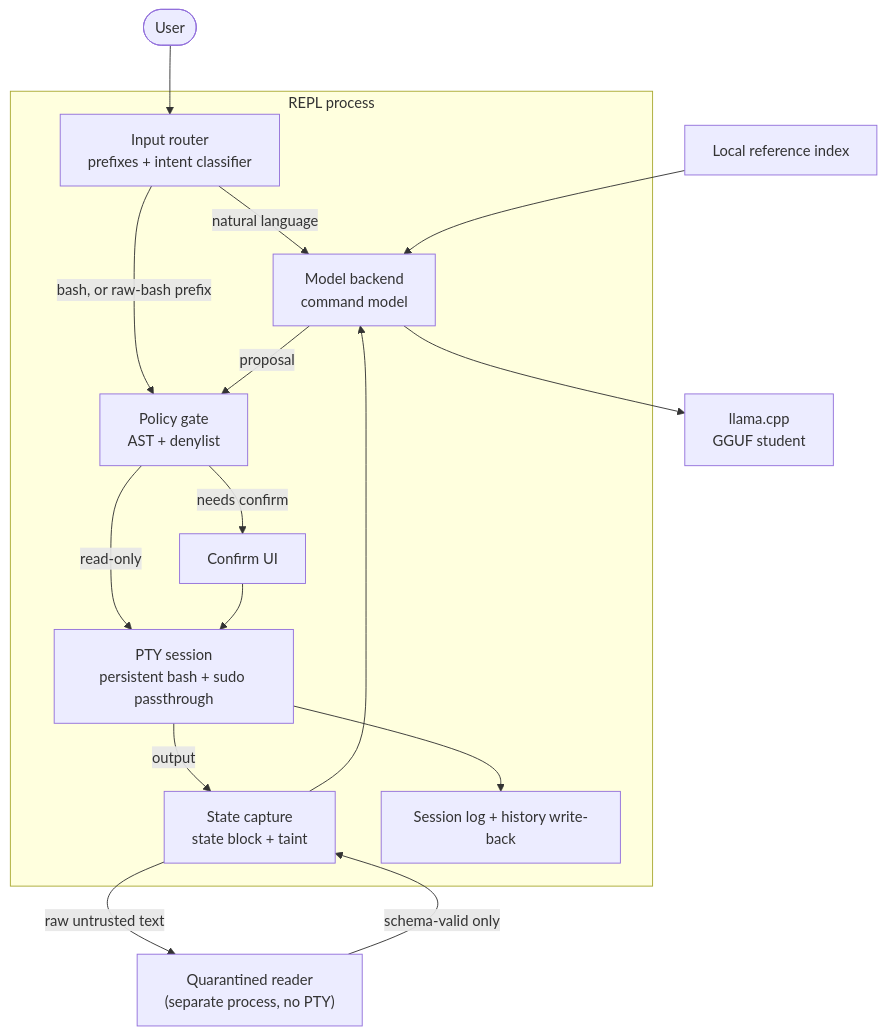
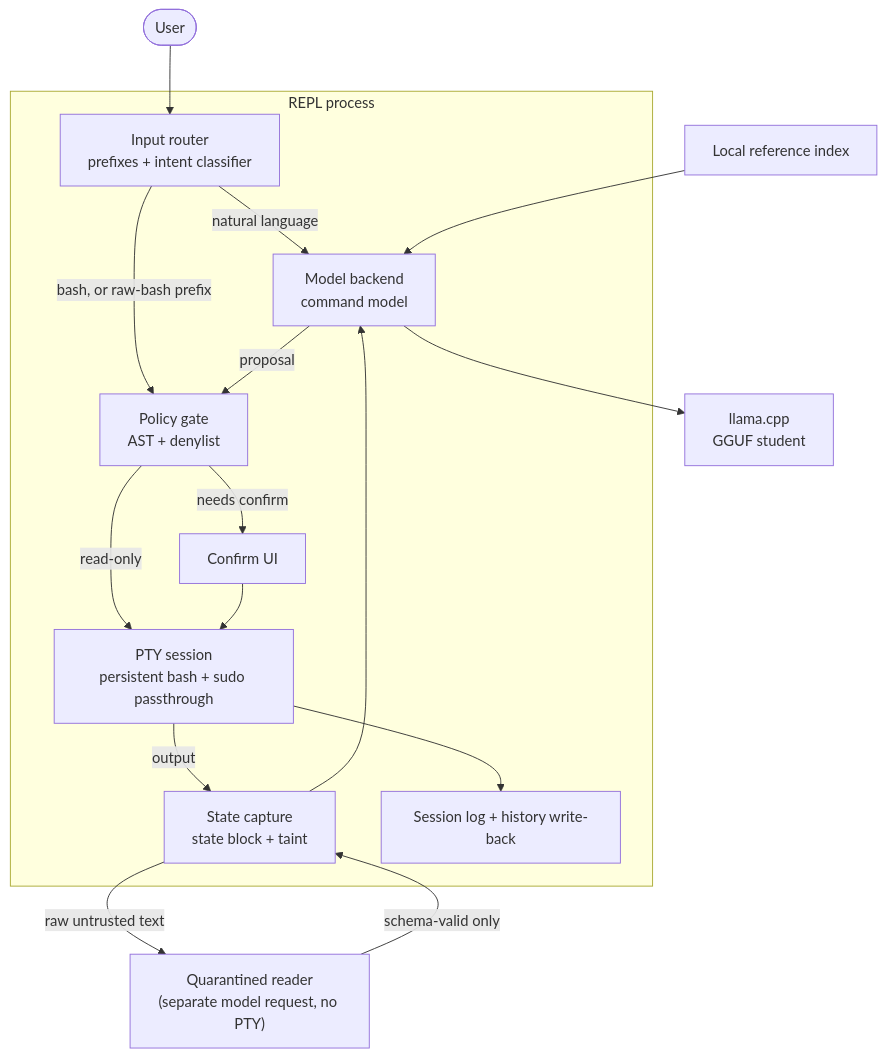
Before and after one commit to eduralph/nl-shell: the diagram in docs/design/architecture/05-building-block-view.md, drawn with Mermaid. The commit also changed 7 other files, not shown here.

````diff
--- a/docs/design/architecture/05-building-block-view.md
+++ b/docs/design/architecture/05-building-block-view.md
@@ -16,29 +16,29 @@
 ```mermaid
 graph TB
     user(["User"])
     subgraph repl["REPL process"]
         input["Input router<br/>prefixes + intent classifier"]
         state["State capture<br/>state block + taint"]
         backend["Model backend<br/>command model"]
         gate["Policy gate<br/>AST + denylist"]
         confirm["Confirm UI"]
         pty["PTY session<br/>persistent bash + sudo passthrough"]
         log["Session log + history write-back"]
     end
-    reader["Quarantined reader<br/>(separate process, no PTY)"]
+    reader["Quarantined reader<br/>(separate model request, no PTY)"]
     llama["llama.cpp<br/>GGUF student"]
     refdocs["Local reference index"]
 
     user --> input
     input -->|"natural language"| backend
     input -->|"bash, or raw-bash prefix"| gate
     state --> backend
     refdocs --> backend
     backend --> llama
     backend -->|"proposal"| gate
     gate -->|"read-only"| pty
     gate -->|"needs confirm"| confirm --> pty
     pty -->|"output"| state
     state -->|"raw untrusted text"| reader -->|"schema-valid only"| state
     pty --> log
 ```
````
